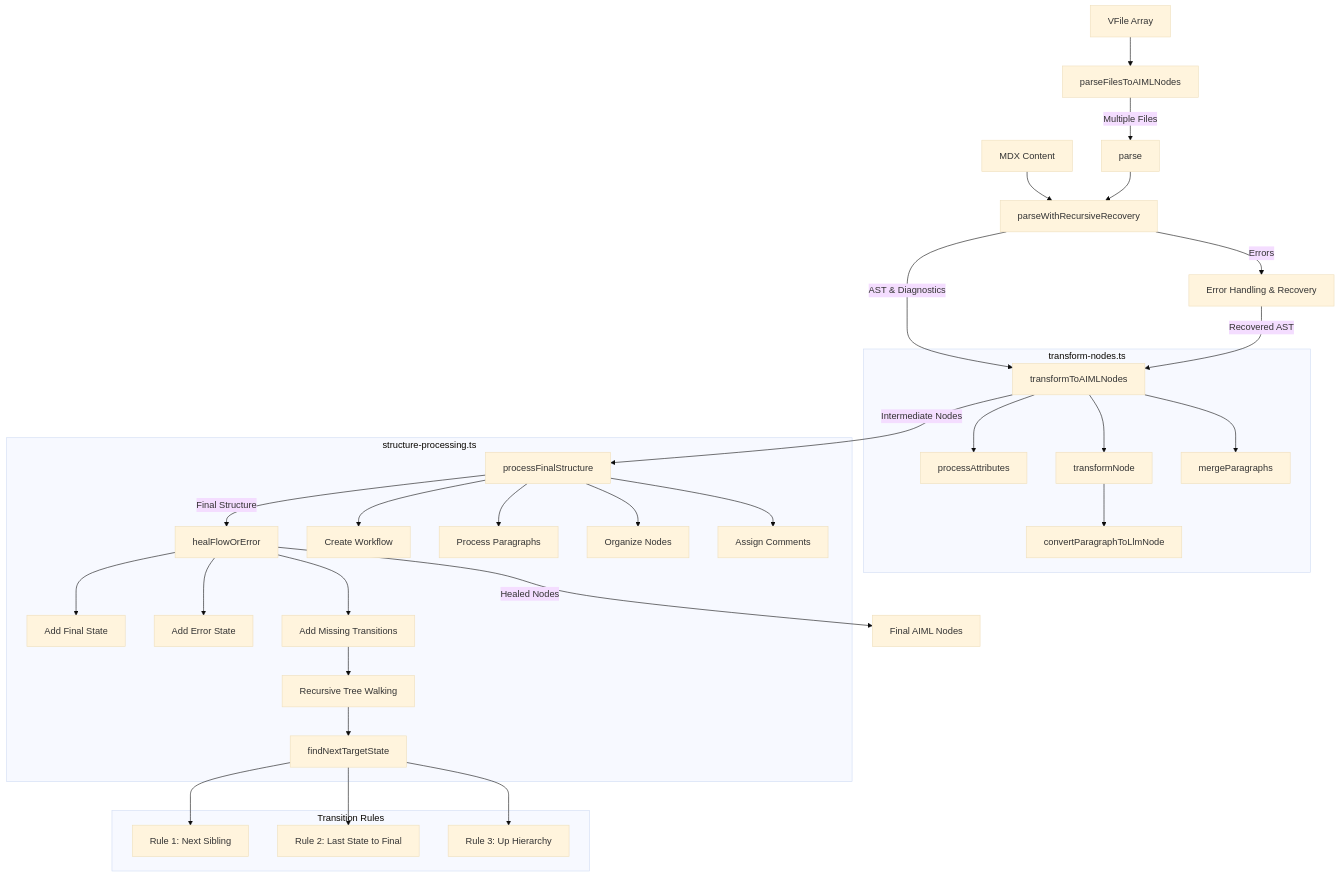
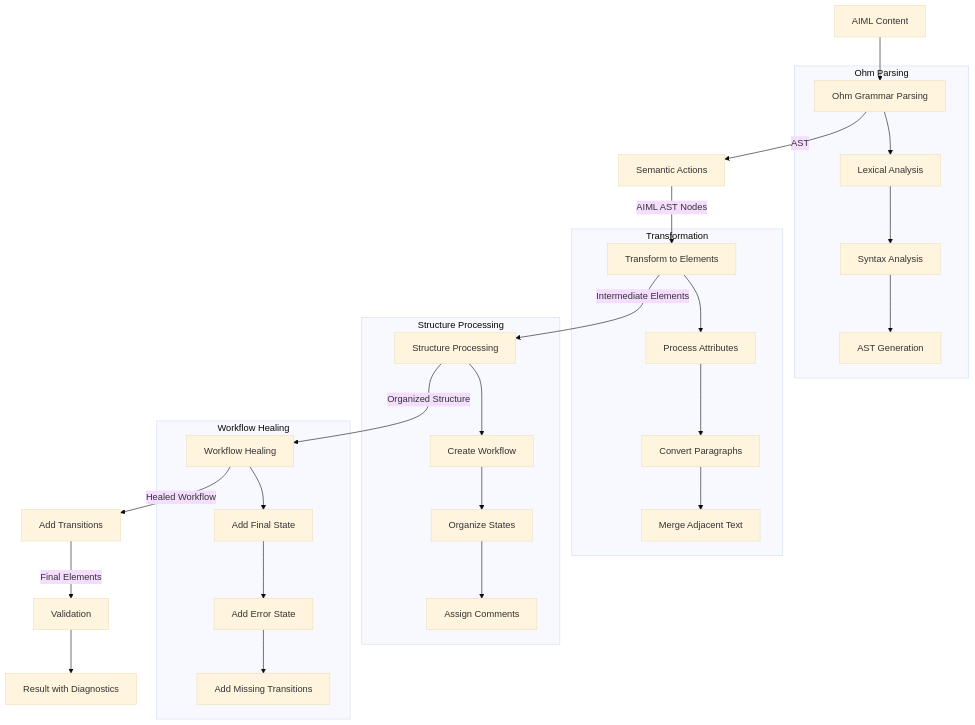
Before and after one commit to fw-ai-external/aiml: the diagram in packages/parser/README.md, drawn with Mermaid (base theme). The commit also changed other lines of this file and 1 other file, not shown here.

````diff
--- a/packages/parser/README.md
+++ b/packages/parser/README.md
@@ -60,39 +352,35 @@
 ```mermaid
 flowchart TD
-    A[MDX Content] --> B[parseWithRecursiveRecovery]
-    B --> |AST & Diagnostics| C[transformToAIMLNodes]
-    B --> |Errors| D[Error Handling & Recovery]
-    D --> |Recovered AST| C
-    C --> |Intermediate Nodes| E[processFinalStructure]
-    E --> |Final Structure| F[healFlowOrError]
-    F --> |Healed Nodes| G[Final AIML Nodes]
-    H[VFile Array] --> I[parseFilesToAIMLNodes]
-    I --> |Multiple Files| J[parse]
-    J --> B
+    A[AIML Content] --> B[Ohm Grammar Parsing]
+    B --> |AST| C[Semantic Actions]
+    C --> |AIML AST Nodes| D[Transform to Elements]
+    D --> |Intermediate Elements| E[Structure Processing]
+    E --> |Organized Structure| F[Workflow Healing]
+    F --> |Healed Workflow| G[Add Transitions]
+    G --> |Final Elements| H[Validation]
+    H --> I[Result with Diagnostics]
 
-    subgraph "transform-nodes.ts"
-    C --> C1[processAttributes]
-    C --> C2[transformNode]
-    C --> C3[mergeParagraphs]
-    C2 --> C4[convertParagraphToLlmNode]
+    subgraph "Ohm Parsing"
+    B --> B1[Lexical Analysis]
+    B1 --> B2[Syntax Analysis]
+    B2 --> B3[AST Generation]
     end
 
-    subgraph "structure-processing.ts"
-    E --> E1[Create Workflow]
-    E --> E2[Process Paragraphs]
-    E --> E3[Organize Nodes]
-    E --> E4[Assign Comments]
-
-    F --> F1[Add Final State]
-    F --> F2[Add Error State]
-    F --> F3[Add Missing Transitions]
-    F3 --> F4[Recursive Tree Walking]
-    F4 --> F5[findNextTargetState]
+    subgraph "Transformation"
+    D --> D1[Process Attributes]
+    D1 --> D2[Convert Paragraphs]
+    D2 --> D3[Merge Adjacent Text]
     end
 
-    subgraph "Transition Rules"
-    F5 --> R1[Rule 1: Next Sibling]
-    F5 --> R2[Rule 2: Last State to Final]
-    F5 --> R3[Rule 3: Up Hierarchy]
+    subgraph "Structure Processing"
+    E --> E1[Create Workflow]
+    E1 --> E2[Organize States]
+    E2 --> E3[Assign Comments]
+    end
+
+    subgraph "Workflow Healing"
+    F --> F1[Add Final State]
+    F1 --> F2[Add Error State]
+    F2 --> F3[Add Missing Transitions]
     end
 ```
````
